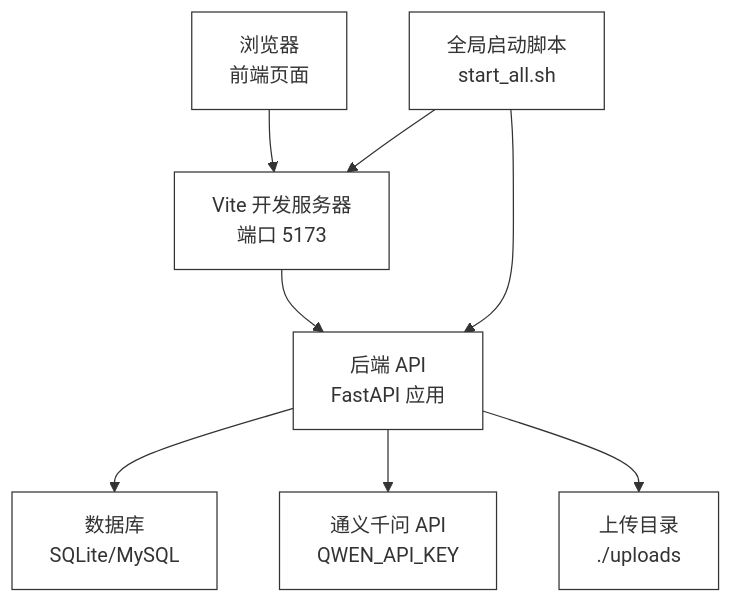
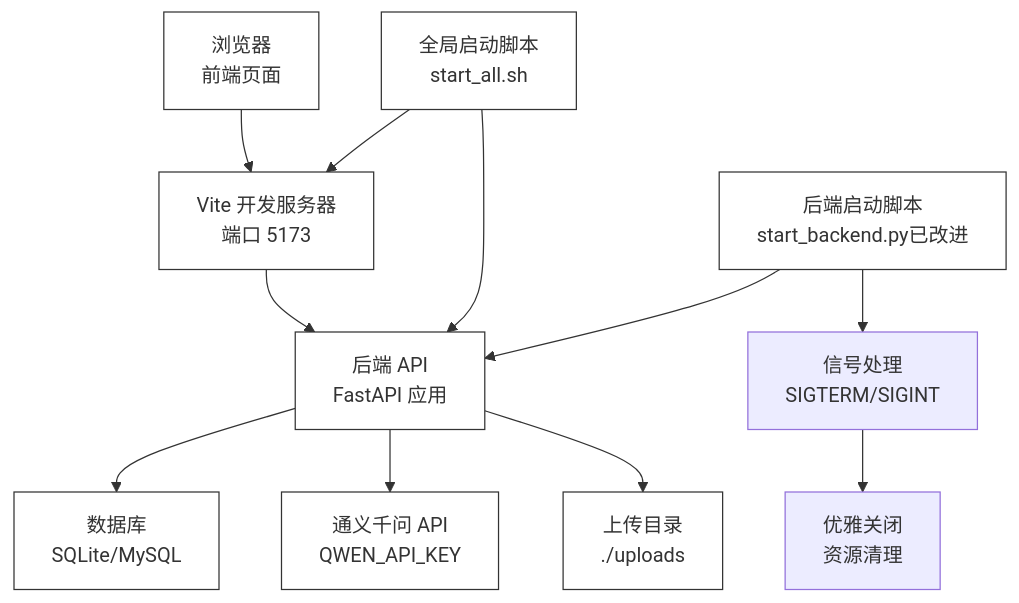
One commit to zhiwenli-jack/personal-learning-manager changed the second of 9 diagrams in .qoder/repowiki/zh/content/快速开始.md. Above: the diagram before and after it, drawn with Mermaid. The commit also changed other lines of this file and 12 other files, not shown here.

````diff
--- a/.qoder/repowiki/zh/content/快速开始.md
+++ b/.qoder/repowiki/zh/content/快速开始.md
@@ -156,17 +157,21 @@
 ```mermaid
 graph TB
 FE["浏览器<br/>前端页面"] --> VP["Vite 开发服务器<br/>端口 5173"]
 VP --> AP["后端 API<br/>FastAPI 应用"]
 AP --> DB["数据库<br/>SQLite/MySQL"]
 AP --> QW["通义千问 API<br/>QWEN_API_KEY"]
 AP --> UP["上传目录<br/>./uploads"]
 SA["全局启动脚本<br/>start_all.sh"] --> VP
 SA --> AP
+SB["后端启动脚本<br/>start_backend.py已改进"] --> AP
+SB --> SIG["信号处理<br/>SIGTERM/SIGINT"]
+SIG --> CLEAN["优雅关闭<br/>资源清理"]
 style FE fill:#fff,stroke:#333
 style VP fill:#fff,stroke:#333
 style AP fill:#fff,stroke:#333
 style DB fill:#fff,stroke:#333
 style QW fill:#fff,stroke:#333
 style UP fill:#fff,stroke:#333
 style SA fill:#fff,stroke:#333
+style SB fill:#fff,stroke:#333
 ```
````
